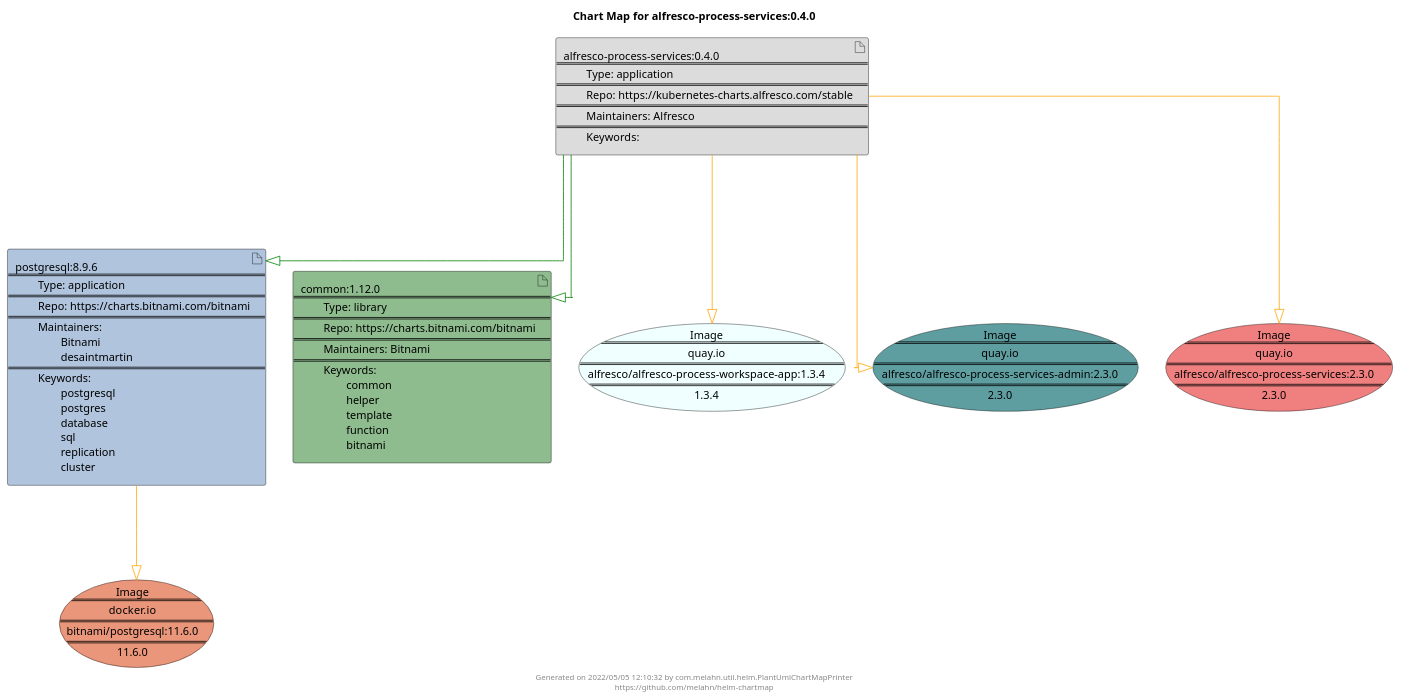
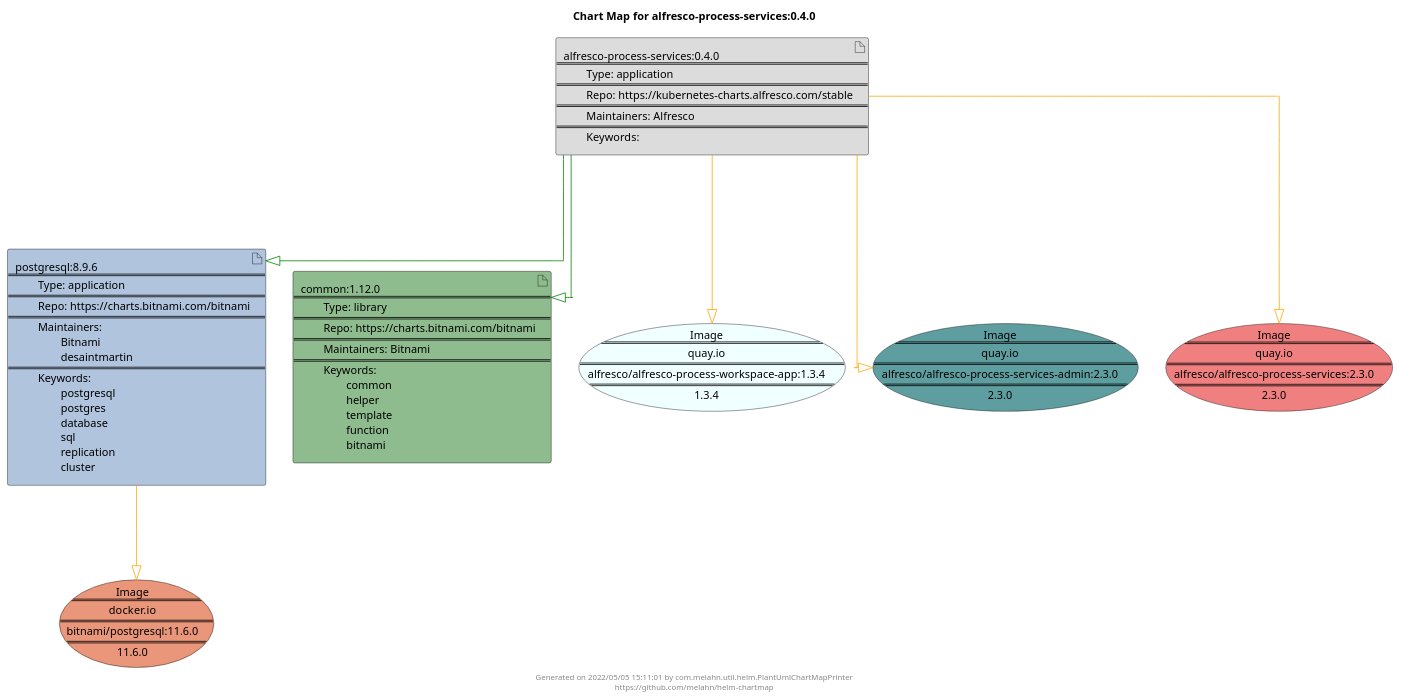
Before and after one commit to melahn/helm-chartmap: the diagram in docs/alfresco-process-services/alfresco-process-services-0.4.0.puml, drawn with PlantUML. The commit also changed 57 other files, not shown here.

Commit message:
Update Example Chart Maps as part of GitHub build

```diff
--- a/docs/alfresco-process-services/alfresco-process-services-0.4.0.puml
+++ b/docs/alfresco-process-services/alfresco-process-services-0.4.0.puml
@@ -1,31 +1,31 @@
 @startuml
 skinparam linetype ortho
 skinparam backgroundColor white
 skinparam usecaseBorderColor black
 skinparam usecaseArrowColor LightSlateGray
 skinparam artifactBorderColor black
 skinparam artifactArrowColor LightSlateGray
 
 title Chart Map for alfresco-process-services:0.4.0
 
 'There are 3 referenced Helm Charts
 artifact "alfresco-process-services:0.4.0\n====\n\tType: application\n====\n\tRepo: https://kubernetes-charts.alfresco.com/stable\n====\n\tMaintainers: Alfresco\n====\n\tKeywords: " as alfresco_process_services_0_4_0 #Gainsboro
 artifact "postgresql:8.9.6\n====\n\tType: application\n====\n\tRepo: https://charts.bitnami.com/bitnami\n====\n\tMaintainers: \n\t\tBitnami\n\t\tdesaintmartin\n====\n\tKeywords: \n\t\tpostgresql\n\t\tpostgres\n\t\tdatabase\n\t\tsql\n\t\treplication\n\t\tcluster" as postgresql_8_9_6 #LightSteelBlue
 artifact "common:1.12.0\n====\n\tType: library\n====\n\tRepo: https://charts.bitnami.com/bitnami\n====\n\tMaintainers: Bitnami\n====\n\tKeywords: \n\t\tcommon\n\t\thelper\n\t\ttemplate\n\t\tfunction\n\t\tbitnami" as common_1_12_0 #DarkSeaGreen
 
 'There are 4 referenced Docker Images
 usecase "Image\n====\nquay.io\n====\nalfresco/alfresco-process-workspace-app:1.3.4\n====\n1.3.4" as quay_io_alfresco_alfresco_process_workspace_app_1_3_4 #Azure
 usecase "Image\n====\nquay.io\n====\nalfresco/alfresco-process-services-admin:2.3.0\n====\n2.3.0" as quay_io_alfresco_alfresco_process_services_admin_2_3_0 #CadetBlue
 usecase "Image\n====\ndocker.io\n====\nbitnami/postgresql:11.6.0\n====\n11.6.0" as docker_io_bitnami_postgresql_11_6_0 #DarkSalmon
 usecase "Image\n====\nquay.io\n====\nalfresco/alfresco-process-services:2.3.0\n====\n2.3.0" as quay_io_alfresco_alfresco_process_services_2_3_0 #LightCoral
 
 'Chart Dependencies
 alfresco_process_services_0_4_0--[#green]-|>postgresql_8_9_6
 alfresco_process_services_0_4_0--[#green]-|>common_1_12_0
 alfresco_process_services_0_4_0--[#orange]-|>quay_io_alfresco_alfresco_process_services_admin_2_3_0
 alfresco_process_services_0_4_0--[#orange]-|>quay_io_alfresco_alfresco_process_workspace_app_1_3_4
 alfresco_process_services_0_4_0--[#orange]-|>quay_io_alfresco_alfresco_process_services_2_3_0
 postgresql_8_9_6--[#orange]-|>docker_io_bitnami_postgresql_11_6_0
 
-center footer Generated on 2022/05/05 12:10:32 by com.melahn.util.helm.PlantUmlChartMapPrinter\nhttps://github.com/melahn/helm-chartmap
+center footer Generated on 2022/05/05 15:11:01 by com.melahn.util.helm.PlantUmlChartMapPrinter\nhttps://github.com/melahn/helm-chartmap
 @enduml
```
